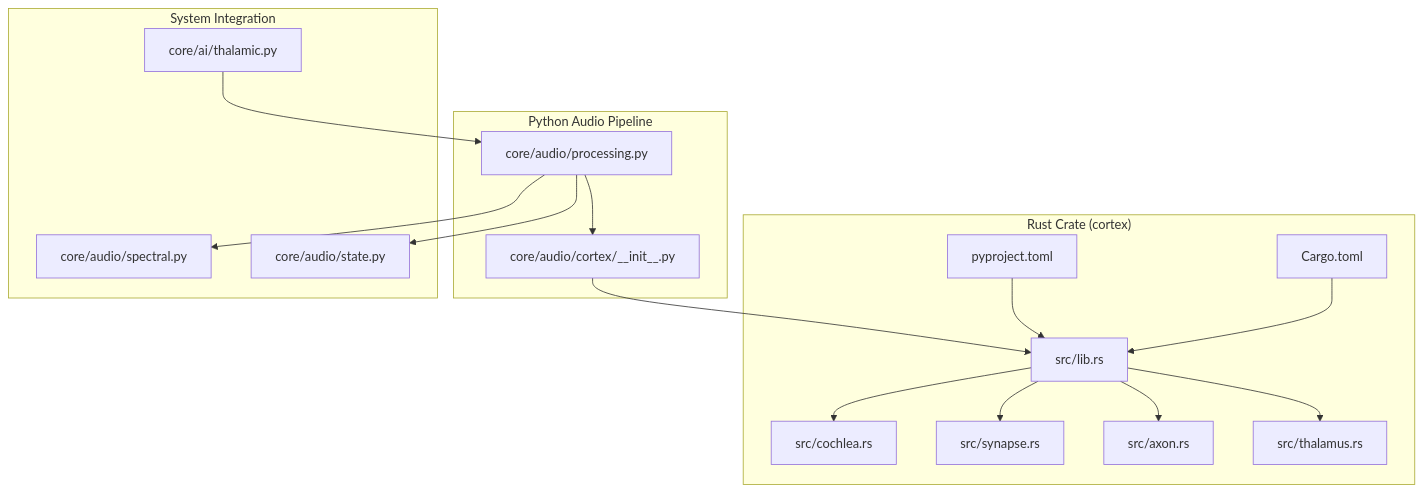
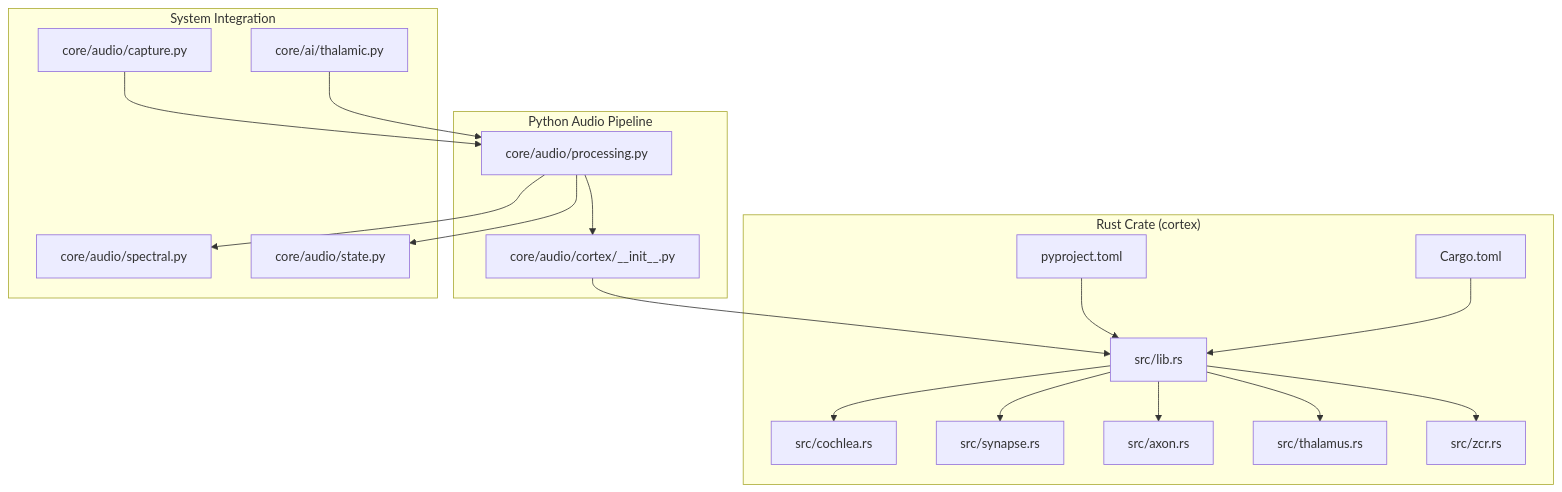
Before and after one commit to Moeabdelaziz007/Aether-Voice-OS: the first of 10 diagrams in .qoder/repowiki/en/content/Audio Processing System/Cortex Rust Audio Processing Core/Cortex Rust Audio Processing Core.md, drawn with Mermaid. The commit also changed other lines of this file and 29 other files, not shown here.

````diff
--- a/.qoder/repowiki/en/content/Audio Processing System/Cortex Rust Audio Processing Core/Cortex Rust Audio Processing Core.md
+++ b/.qoder/repowiki/en/content/Audio Processing System/Cortex Rust Audio Processing Core/Cortex Rust Audio Processing Core.md
@@ -48,32 +59,36 @@
 ```mermaid
 graph TB
 subgraph "Rust Crate (cortex)"
 L["src/lib.rs"]
 C["src/cochlea.rs"]
 S["src/synapse.rs"]
 A["src/axon.rs"]
 T["src/thalamus.rs"]
+Z["src/zcr.rs"]
 CT["Cargo.toml"]
 PY["pyproject.toml"]
 end
 subgraph "Python Audio Pipeline"
 P["core/audio/processing.py"]
 W["core/audio/cortex/__init__.py"]
 end
 subgraph "System Integration"
 SP["core/audio/spectral.py"]
 ST["core/audio/state.py"]
 TG["core/ai/thalamic.py"]
+CAP["core/audio/capture.py"]
 end
 CT --> L
 L --> C
 L --> S
 L --> A
 L --> T
+L --> Z
 PY --> L
 P --> W
 W --> L
 P --> SP
 P --> ST
 TG --> P
+CAP --> P
 ```
````
